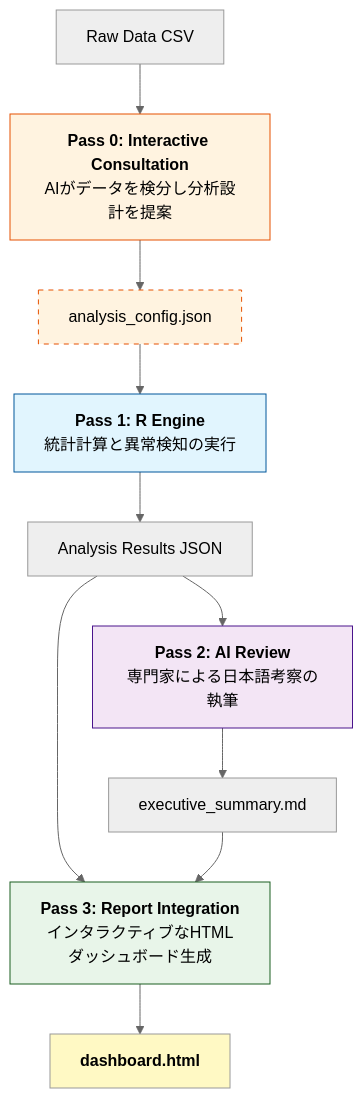
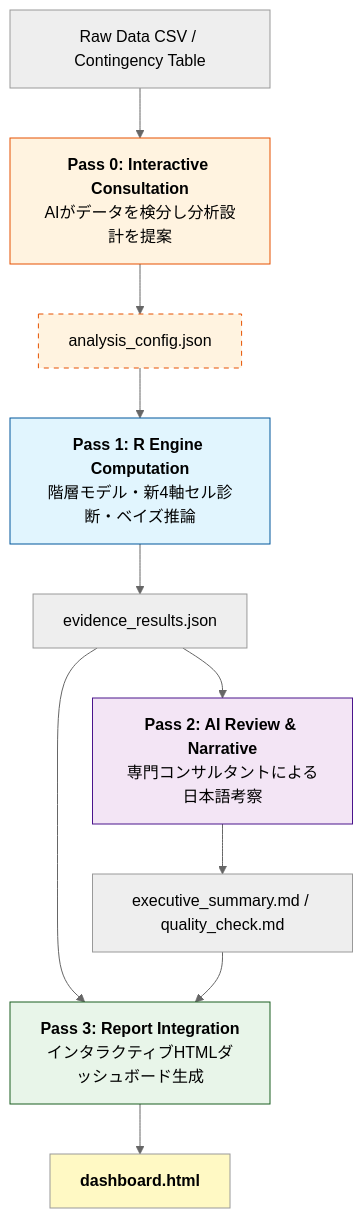
Before and after one commit to syrius2000/agentic-evidence-analysis: the diagram in README.md, drawn with Mermaid (neutral theme). The commit also changed other lines of this file and 18 other files, not shown here.

````diff
--- a/README.md
+++ b/README.md
@@ -29,18 +29,18 @@
 ```mermaid
 graph TD
-  Data[Raw Data CSV] --> P0["<b>Pass 0: Interactive Consultation</b><br/>AIがデータを検分し分析設計を提案"]
+  Data[Raw Data CSV / Contingency Table] --> P0["<b>Pass 0: Interactive Consultation</b><br/>AIがデータを検分し分析設計を提案"]
   P0 --> CFG[analysis_config.json]
-  CFG --> P1["<b>Pass 1: R Engine</b><br/>統計計算と異常検知の実行"]
-  P1 --> JSON[Analysis Results JSON]
-  JSON --> P2["<b>Pass 2: AI Review</b><br/>専門家による日本語考察の執筆"]
-  P2 --> MD[executive_summary.md]
-  JSON & MD --> P3["<b>Pass 3: Report Integration</b><br/>インタラクティブなHTMLダッシュボード生成"]
+  CFG --> P1["<b>Pass 1: R Engine Computation</b><br/>階層モデル・新4軸セル診断・ベイズ推論"]
+  P1 --> JSON[evidence_results.json]
+  JSON --> P2["<b>Pass 2: AI Review & Narrative</b><br/>専門コンサルタントによる日本語考察"]
+  P2 --> MD[executive_summary.md / quality_check.md]
+  JSON & MD --> P3["<b>Pass 3: Report Integration</b><br/>インタラクティブHTMLダッシュボード生成"]
   P3 --> HTML[dashboard.html]
 
   style P0 fill:#fff3e0,stroke:#e65100
   style CFG fill:#fff3e0,stroke:#e65100,stroke-dasharray: 5 5
   style P1 fill:#e1f5fe,stroke:#01579b
   style P2 fill:#f3e5f5,stroke:#4a148c
   style P3 fill:#e8f5e9,stroke:#1b5e20
   style HTML font-weight:bold,fill:#fff9c4
 ```
````
